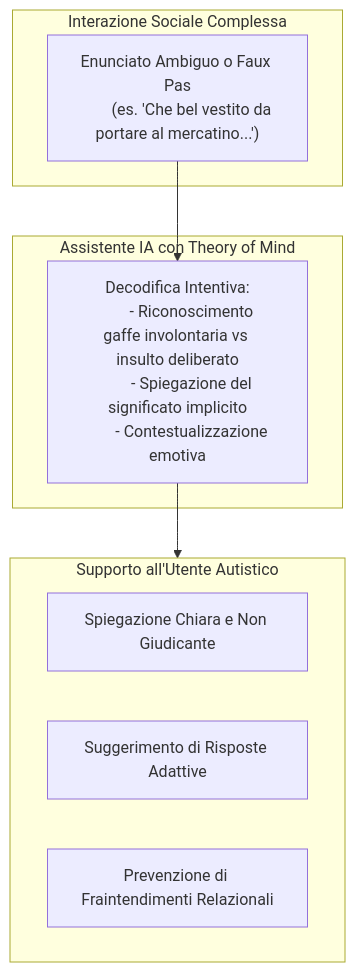
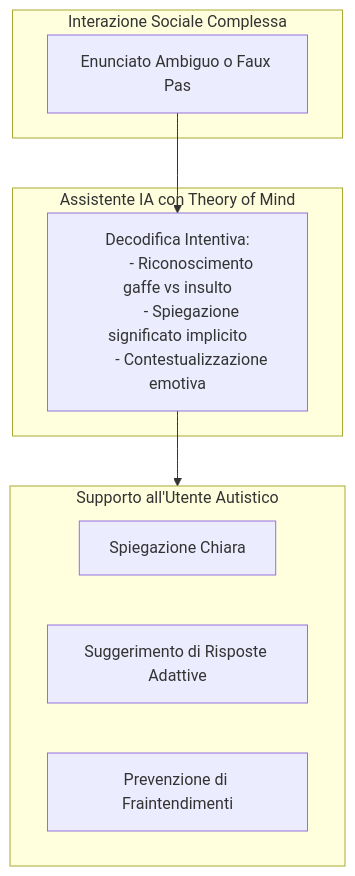
One commit to andreaferrari7-star/andreaferrari.github.io changed the diagram in content/concetti/ai-assistive-autism-communication.md. Above: the diagram before and after it, drawn with Mermaid. The commit also changed other lines of this file and 340 other files, not shown here.

````diff
--- a/content/concetti/ai-assistive-autism-communication.md
+++ b/content/concetti/ai-assistive-autism-communication.md
@@ -18,23 +30,22 @@
 ```mermaid
 flowchart TD
     subgraph ScenarioReale ["Interazione Sociale Complessa"]
-        Dialogue["Enunciato Ambiguo o Faux Pas
-        (es. 'Che bel vestito da portare al mercatino...')"]
+        Dialogue["Enunciato Ambiguo o Faux Pas"]
     end
 
     subgraph ModuloIA ["Assistente IA con Theory of Mind"]
         Decodifica["Decodifica Intentiva:
-        - Riconoscimento gaffe involontaria vs insulto deliberato
-        - Spiegazione del significato implicito
+        - Riconoscimento gaffe vs insulto
+        - Spiegazione significato implicito
         - Contestualizzazione emotiva"]
     end
 
     subgraph OutputAssistivo ["Supporto all'Utente Autistico"]
-        Supporto1["Spiegazione Chiara e Non Giudicante"]
+        Supporto1["Spiegazione Chiara"]
         Supporto2["Suggerimento di Risposte Adattive"]
-        Supporto3["Prevenzione di Fraintendimenti Relazionali"]
+        Supporto3["Prevenzione di Fraintendimenti"]
     end
 
     Dialogue --> Decodifica
     Decodifica --> OutputAssistivo
 ```
````
